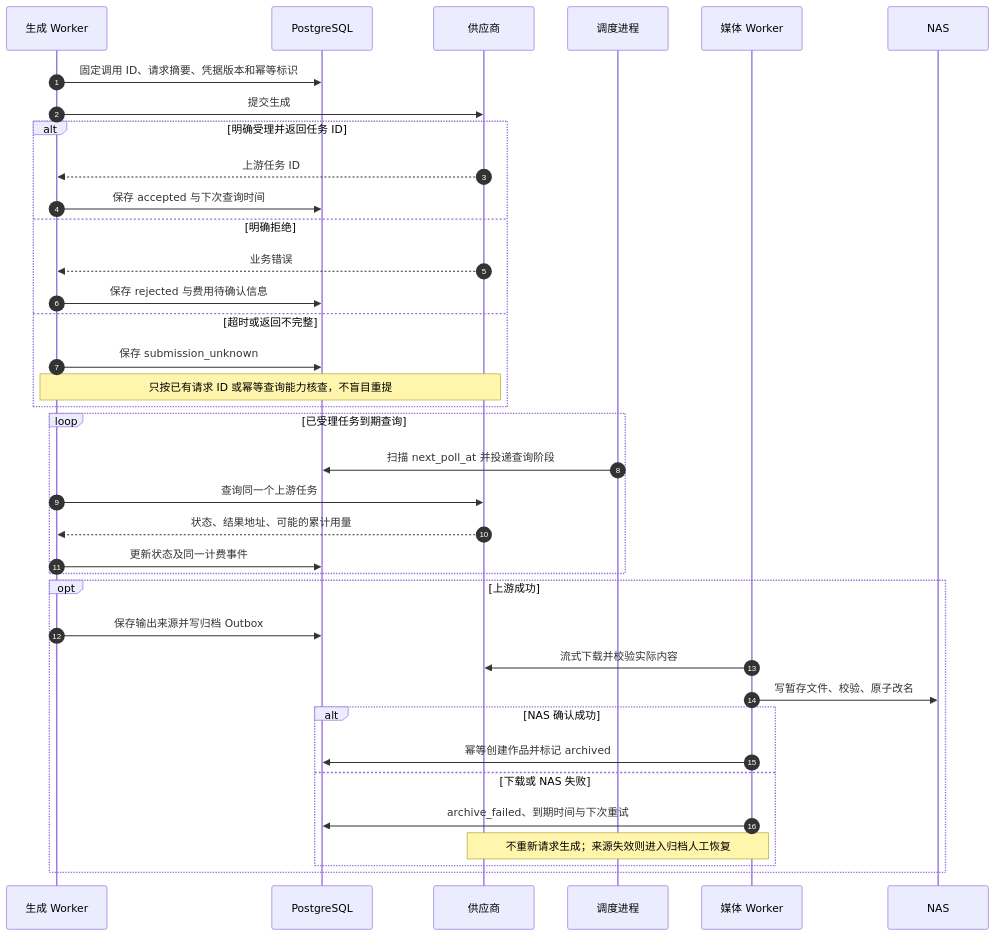
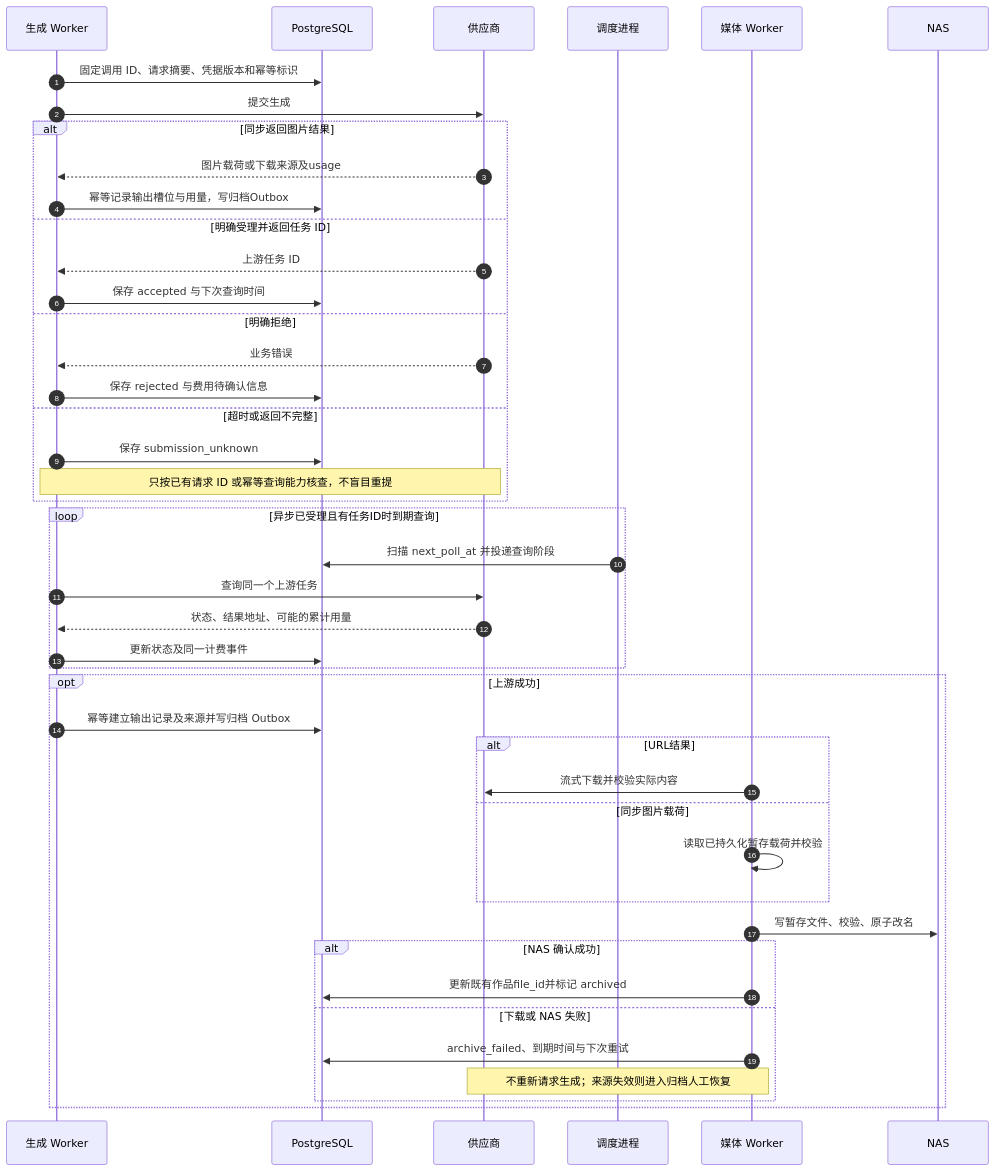
Diagram 16 of 21 in docs/技术架构方案.md (pleasureswx123/higgsfield), drawn with Mermaid before and after one commit. The commit also changed other lines of this file and 1082 other files, not shown here.

````diff
--- a/docs/技术架构方案.md
+++ b/docs/技术架构方案.md
@@ -847,39 +883,46 @@
 ```mermaid
 sequenceDiagram
     autonumber
     participant W as 生成 Worker
     participant DB as PostgreSQL
     participant P as 供应商
     participant DS as 调度进程
     participant MW as 媒体 Worker
     participant NAS as NAS
     W->>DB: 固定调用 ID、请求摘要、凭据版本和幂等标识
     W->>P: 提交生成
-    alt 明确受理并返回任务 ID
+    alt 同步返回图片结果
+        P-->>W: 图片载荷或下载来源及usage
+        W->>DB: 幂等记录输出槽位与用量，写归档Outbox
+    else 明确受理并返回任务 ID
         P-->>W: 上游任务 ID
         W->>DB: 保存 accepted 与下次查询时间
     else 明确拒绝
         P-->>W: 业务错误
         W->>DB: 保存 rejected 与费用待确认信息
     else 超时或返回不完整
         W->>DB: 保存 submission_unknown
         Note over W,P: 只按已有请求 ID 或幂等查询能力核查，不盲目重提
     end
-    loop 已受理任务到期查询
+    loop 异步已受理且有任务ID时到期查询
         DS->>DB: 扫描 next_poll_at 并投递查询阶段
         W->>P: 查询同一个上游任务
         P-->>W: 状态、结果地址、可能的累计用量
         W->>DB: 更新状态及同一计费事件
     end
     opt 上游成功
-        W->>DB: 保存输出来源并写归档 Outbox
-        MW->>P: 流式下载并校验实际内容
+        W->>DB: 幂等建立输出记录及来源并写归档 Outbox
+        alt URL结果
+            MW->>P: 流式下载并校验实际内容
+        else 同步图片载荷
+            MW->>MW: 读取已持久化暂存载荷并校验
+        end
         MW->>NAS: 写暂存文件、校验、原子改名
         alt NAS 确认成功
-            MW->>DB: 幂等创建作品并标记 archived
+            MW->>DB: 更新既有作品file_id并标记 archived
         else 下载或 NAS 失败
             MW->>DB: archive_failed、到期时间与下次重试
             Note over MW,P: 不重新请求生成；来源失效则进入归档人工恢复
         end
     end
 ```
````
